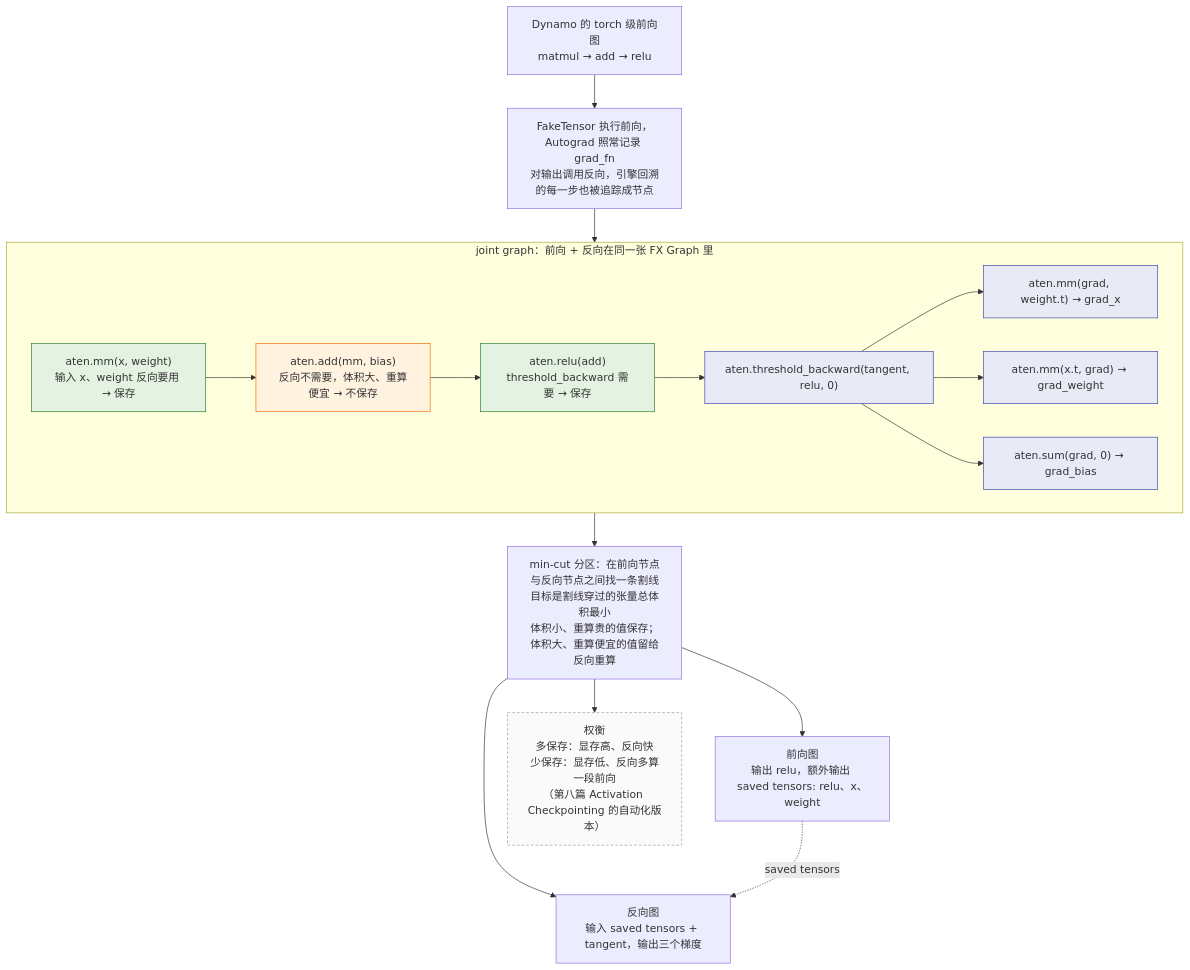
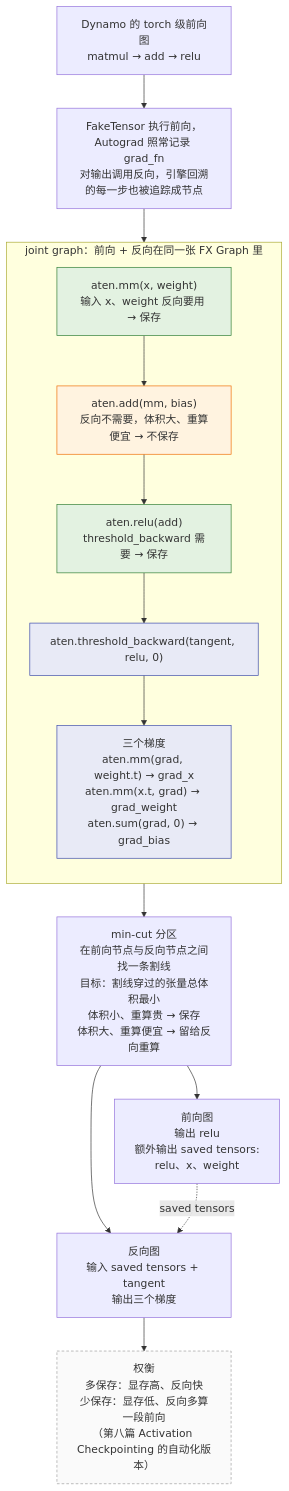
One commit to arganzheng/arganzheng.github.com changed the second of 7 diagrams in _posts/2026-02-23-pytorch-compilation-and-graph-optimization.md. Above: the diagram before and after it, drawn with Mermaid. The commit also changed other lines of this file and 10 other files, not shown here.

````diff
--- a/_posts/2026-02-23-pytorch-compilation-and-graph-optimization.md
+++ b/_posts/2026-02-23-pytorch-compilation-and-graph-optimization.md
@@ -460,32 +460,28 @@
 ```mermaid
 flowchart TB
     IN["Dynamo 的 torch 级前向图<br/>matmul → add → relu"]
     IN --> TR["FakeTensor 执行前向，Autograd 照常记录 grad_fn<br/>对输出调用反向，引擎回溯的每一步也被追踪成节点"]
     TR --> JG
     subgraph JG["joint graph：前向 + 反向在同一张 FX Graph 里"]
+        direction TB
         MM["aten.mm(x, weight)<br/>输入 x、weight 反向要用 → 保存"]
         ADD["aten.add(mm, bias)<br/>反向不需要，体积大、重算便宜 → 不保存"]
         RL["aten.relu(add)<br/>threshold_backward 需要 → 保存"]
         THB["aten.threshold_backward(tangent, relu, 0)"]
-        GX["aten.mm(grad, weight.t) → grad_x"]
-        GW["aten.mm(x.t, grad) → grad_weight"]
-        GB["aten.sum(grad, 0) → grad_bias"]
-        MM --> ADD --> RL --> THB
-        THB --> GX
-        THB --> GW
-        THB --> GB
+        GR["三个梯度<br/>aten.mm(grad, weight.t) → grad_x<br/>aten.mm(x.t, grad) → grad_weight<br/>aten.sum(grad, 0) → grad_bias"]
+        MM --> ADD --> RL --> THB --> GR
     end
-    JG --> CUT["min-cut 分区：在前向节点与反向节点之间找一条割线<br/>目标是割线穿过的张量总体积最小<br/>体积小、重算贵的值保存；体积大、重算便宜的值留给反向重算"]
-    CUT --> FW["前向图<br/>输出 relu，额外输出 saved tensors: relu、x、weight"]
-    CUT --> BW["反向图<br/>输入 saved tensors + tangent，输出三个梯度"]
+    JG --> CUT["min-cut 分区<br/>在前向节点与反向节点之间找一条割线<br/>目标：割线穿过的张量总体积最小<br/>体积小、重算贵 → 保存<br/>体积大、重算便宜 → 留给反向重算"]
+    CUT --> FW["前向图<br/>输出 relu<br/>额外输出 saved tensors:<br/>relu、x、weight"]
+    CUT --> BW["反向图<br/>输入 saved tensors + tangent<br/>输出三个梯度"]
     FW -.->|"saved tensors"| BW
-    CUT --> TRADE["权衡<br/>多保存：显存高、反向快<br/>少保存：显存低、反向多算一段前向<br/>（第八篇 Activation Checkpointing 的自动化版本）"]
+    BW --> TRADE["权衡<br/>多保存：显存高、反向快<br/>少保存：显存低、反向多算一段前向<br/>（第八篇 Activation Checkpointing 的自动化版本）"]
     classDef saved fill:#e3f2e1,stroke:#2e7d32;
     classDef recomp fill:#fff3e0,stroke:#ef6c00;
     classDef bwd fill:#e8eaf6,stroke:#3949ab;
     classDef note fill:#fafafa,stroke:#9e9e9e,stroke-dasharray: 4 3;
     class MM,RL saved;
     class ADD recomp;
-    class THB,GX,GW,GB bwd;
+    class THB,GR bwd;
     class TRADE note;
 ```
````
